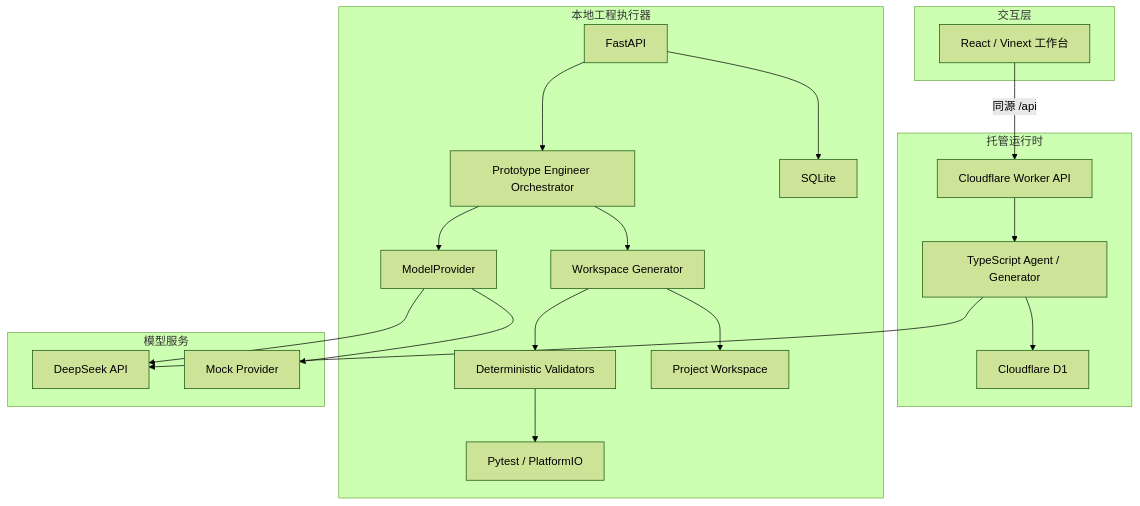
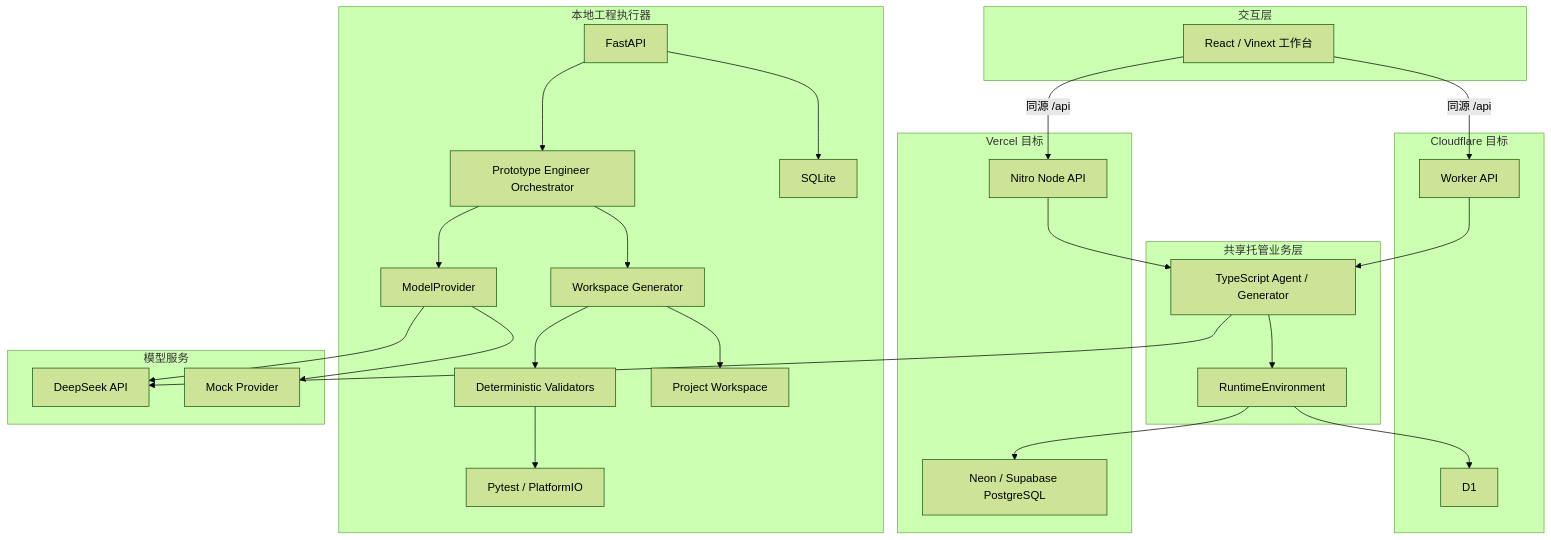
The first of 2 diagrams in docs/system_architecture.md (chenziyi058/Designer-Prototype-Agent), drawn with Mermaid (forest theme) before and after one commit. The commit also changed other lines of this file and 31 other files, not shown here.

Commit message:
Add Vercel runtime and PostgreSQL persistence

````diff
--- a/docs/system_architecture.md
+++ b/docs/system_architecture.md
@@ -14,44 +14,57 @@
 ```mermaid
 flowchart TB
     subgraph Client["交互层"]
         UI["React / Vinext 工作台"]
     end
 
-    subgraph Hosted["托管运行时"]
-        WAPI["Cloudflare Worker API"]
+    subgraph Hosted["共享托管业务层"]
         TSA["TypeScript Agent / Generator"]
-        D1["Cloudflare D1"]
+        RUNTIME["RuntimeEnvironment"]
+    end
+
+    subgraph Cloudflare["Cloudflare 目标"]
+        WAPI["Worker API"]
+        D1["D1"]
+    end
+
+    subgraph Vercel["Vercel 目标"]
+        NAPI["Nitro Node API"]
+        PG["Neon / Supabase PostgreSQL"]
     end
 
     subgraph Local["本地工程执行器"]
         FAPI["FastAPI"]
         ORC["Prototype Engineer Orchestrator"]
         PROVIDER["ModelProvider"]
         GEN["Workspace Generator"]
         VAL["Deterministic Validators"]
         SQLITE["SQLite"]
         FS["Project Workspace"]
         TOOL["Pytest / PlatformIO"]
     end
 
     subgraph Model["模型服务"]
         DS["DeepSeek API"]
         MOCK["Mock Provider"]
     end
 
     UI -->|同源 /api| WAPI
     WAPI --> TSA
-    TSA --> D1
+    UI -->|同源 /api| NAPI
+    NAPI --> TSA
+    TSA --> RUNTIME
+    RUNTIME --> D1
+    RUNTIME --> PG
 
     FAPI --> ORC
     ORC --> PROVIDER
     ORC --> GEN
     GEN --> VAL
     FAPI --> SQLITE
     GEN --> FS
     VAL --> TOOL
 
     PROVIDER --> DS
     PROVIDER --> MOCK
     TSA --> DS
 ```
````
